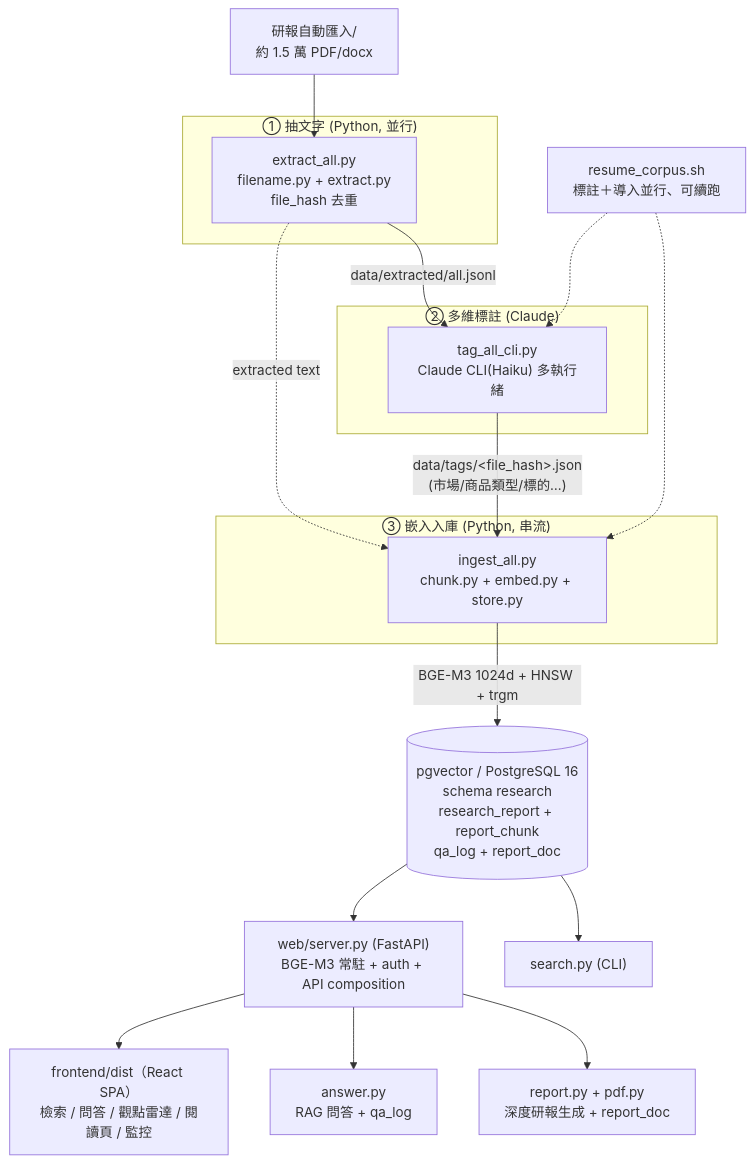
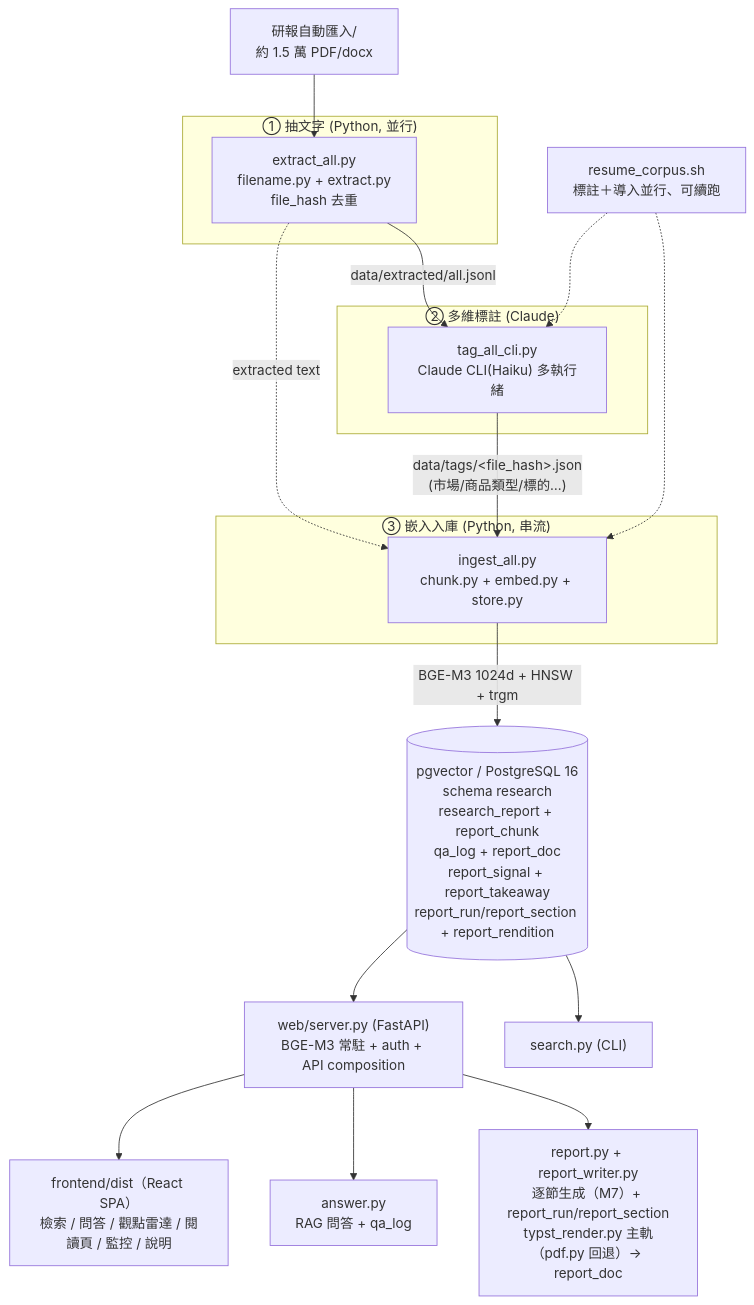
One commit to FPI-TW/report-research changed the diagram in docs/WORKFLOW.md. Above: the diagram before and after it, drawn with Mermaid. The commit also changed other lines of this file and 7 other files, not shown here.

````diff
--- a/docs/WORKFLOW.md
+++ b/docs/WORKFLOW.md
@@ -13,31 +13,31 @@
 ```mermaid
 flowchart TD
     SRC["研報自動匯入/<br/>約 1.5 萬 PDF/docx"]
 
     subgraph PY1["① 抽文字 (Python, 並行)"]
       EX["extract_all.py<br/>filename.py + extract.py<br/>file_hash 去重"]
     end
     subgraph CL["② 多維標註 (Claude)"]
       TG["tag_all_cli.py<br/>Claude CLI(Haiku) 多執行緒"]
     end
     subgraph PY3["③ 嵌入入庫 (Python, 串流)"]
       IN["ingest_all.py<br/>chunk.py + embed.py + store.py"]
     end
 
-    DB[("pgvector / PostgreSQL 16<br/>schema research<br/>research_report + report_chunk<br/>qa_log + report_doc")]
+    DB[("pgvector / PostgreSQL 16<br/>schema research<br/>research_report + report_chunk<br/>qa_log + report_doc<br/>report_signal + report_takeaway<br/>report_run/report_section + report_rendition")]
 
     SRC --> EX
     EX -->|"data/extracted/all.jsonl"| TG
     EX -.->|"extracted text"| IN
     TG -->|"data/tags/&lt;file_hash&gt;.json<br/>(市場/商品類型/標的…)"| IN
     IN -->|"BGE-M3 1024d + HNSW + trgm"| DB
 
     ORC["resume_corpus.sh<br/>標註＋導入並行、可續跑"] -.-> TG
     ORC -.-> IN
 
     DB --> WEB["web/server.py (FastAPI)<br/>BGE-M3 常駐 + auth + API composition"]
     DB --> CLI["search.py (CLI)"]
-    WEB --> UI["frontend/dist（React SPA）<br/>檢索 / 問答 / 觀點雷達 / 閱讀頁 / 監控"]
+    WEB --> UI["frontend/dist（React SPA）<br/>檢索 / 問答 / 觀點雷達 / 閱讀頁 / 監控 / 說明"]
     WEB --> QA["answer.py<br/>RAG 問答 + qa_log"]
-    WEB --> RP["report.py + pdf.py<br/>深度研報生成 + report_doc"]
+    WEB --> RP["report.py + report_writer.py<br/>逐節生成（M7）+ report_run/report_section<br/>typst_render.py 主軌（pdf.py 回退）→ report_doc"]
 ```
````
